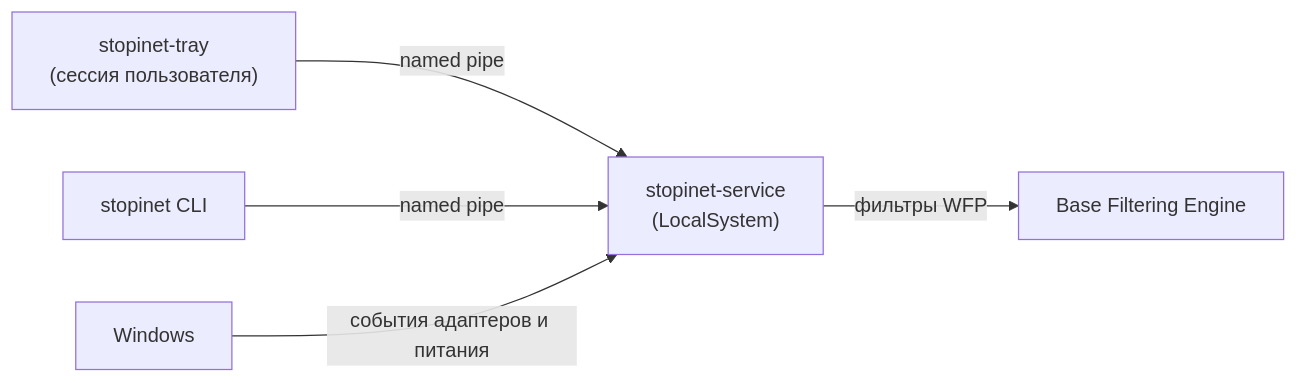
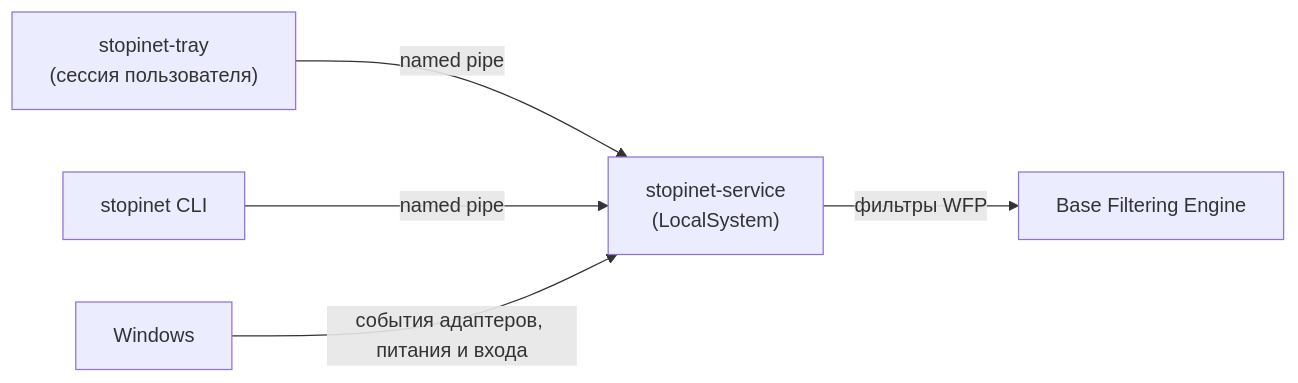
One commit to Morkoshka/stop-internet changed the diagram in README.ru.md. Above: the diagram before and after it, drawn with Mermaid. The commit also changed other lines of this file and 5 other files, not shown here.

````diff
--- a/README.ru.md
+++ b/README.ru.md
@@ -52,7 +52,7 @@
 ```mermaid
 flowchart LR
     Tray["stopinet-tray<br/>(сессия пользователя)"] -- named pipe --> Svc["stopinet-service<br/>(LocalSystem)"]
     CLI["stopinet CLI"] -- named pipe --> Svc
     Svc -- "фильтры WFP" --> BFE["Base Filtering Engine"]
-    Win["Windows"] -- "события адаптеров и питания" --> Svc
+    Win["Windows"] -- "события адаптеров, питания и входа" --> Svc
 ```
````
